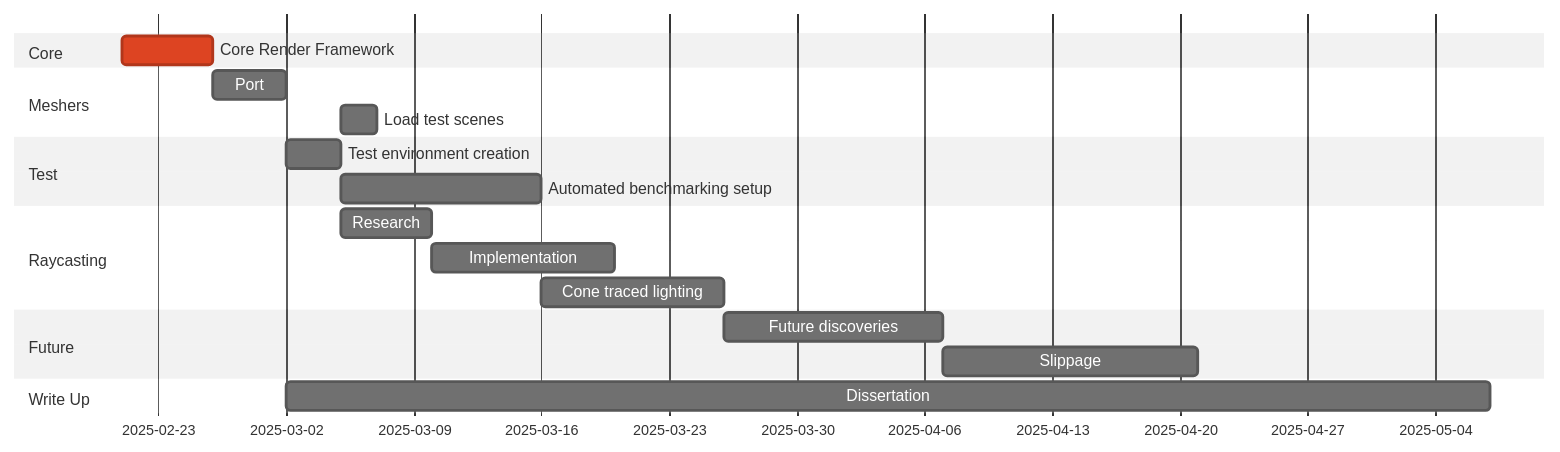
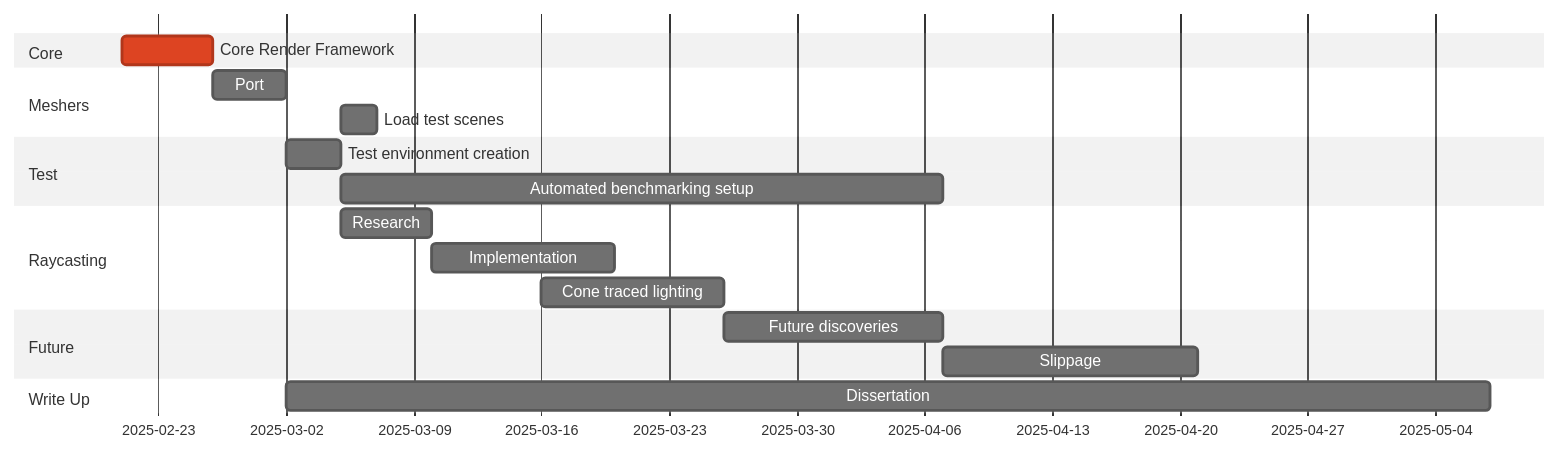
The diagram in Docs/Draft.md (Miitto/Dissertation), drawn with Mermaid (neutral theme) before and after one commit. The commit also changed other lines of this file and 4 other files, not shown here.

````diff
--- a/Docs/Draft.md
+++ b/Docs/Draft.md
@@ -45,24 +44,24 @@
 ```mermaid
 gantt
 	dateformat DD-MM
 	todaymarker off
 	
 	section Core
 		Core Render Framework :crit, core, 21-02, 5d
 	section Meshers
 		Port :port, after core, 4d
 		Load test scenes :mload, after environ, 2d
 	section Test
 		Test environment creation :environ, after port, 3d
-		Automated benchmarking setup :bench, after environ, until cone
+		Automated benchmarking setup :bench, after environ, until slip
 	section Raycasting
 		Research :rcres, after environ, 5d
 		Implementation :rcim, after rcres, 10d
 		Cone traced lighting :cone, 16-03, 10d
 	section Future
 		Future discoveries :fut, after cone, 07-04
 		Slippage :slip, after fut, 14d
 	section Write Up
 		Dissertation :diss, after port, 07-05
 
 ```
````
